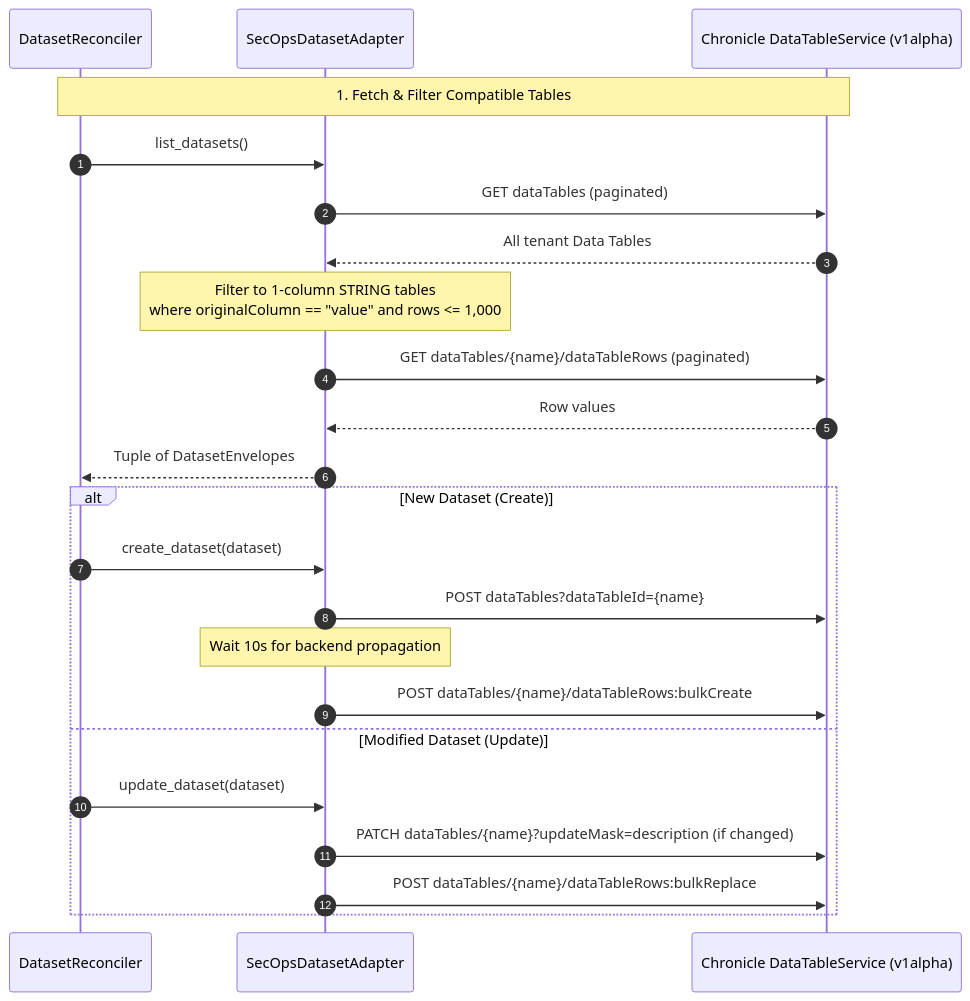
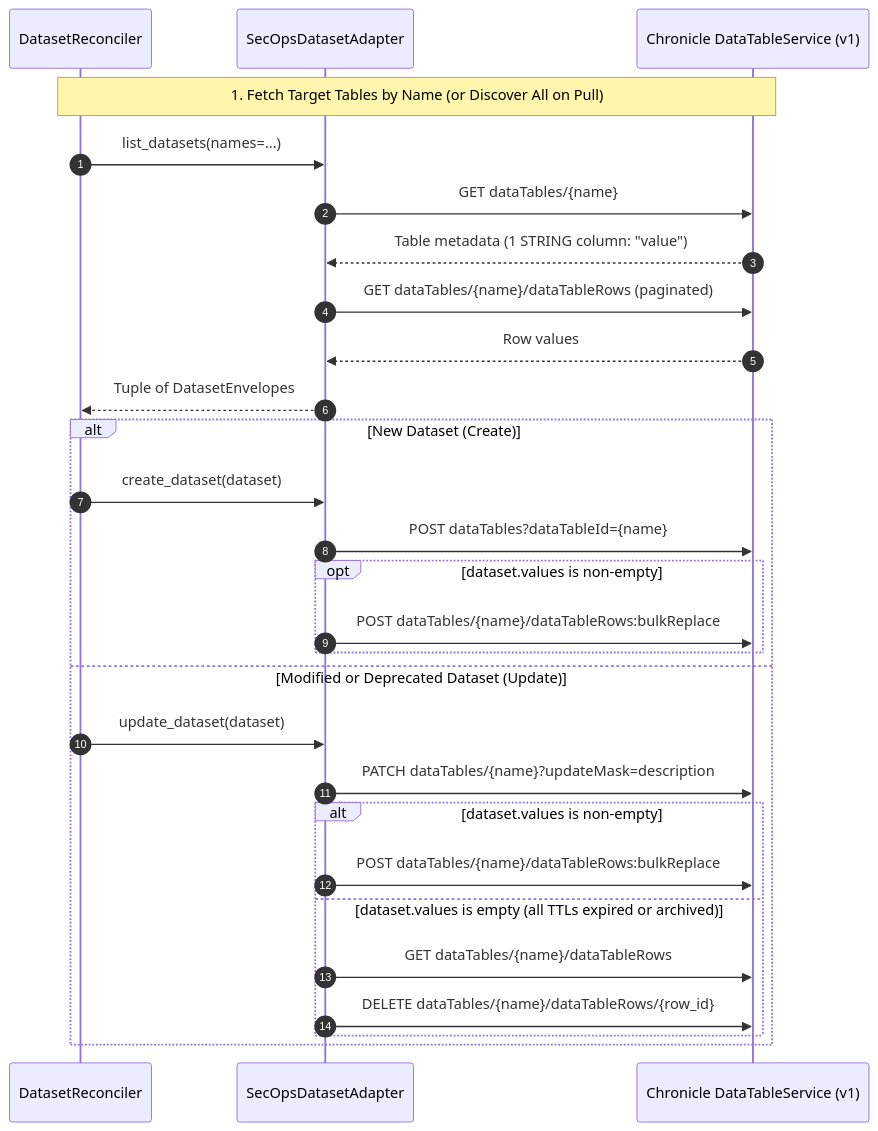
Before and after one commit to lopes/graft: the sixth of 6 diagrams in docs/engines/secops.md, drawn with Mermaid. The commit also changed other lines of this file and 24 other files, not shown here.

````diff
--- a/docs/engines/secops.md
+++ b/docs/engines/secops.md
@@ -647,27 +647,32 @@
 ```mermaid
 sequenceDiagram
     autonumber
     participant Core as DatasetReconciler
     participant Adapter as SecOpsDatasetAdapter
-    participant API as Chronicle DataTableService (v1alpha)
+    participant API as Chronicle DataTableService (v1)
 
-    Note over Core,API: 1. Fetch & Filter Compatible Tables
-    Core->>Adapter: list_datasets()
-    Adapter->>API: GET dataTables (paginated)
-    API-->>Adapter: All tenant Data Tables
-    Note over Adapter: Filter to 1-column STRING tables<br/>where originalColumn == "value" and rows <= 1,000
+    Note over Core,API: 1. Fetch Target Tables by Name (or Discover All on Pull)
+    Core->>Adapter: list_datasets(names=...)
+    Adapter->>API: GET dataTables/{name}
+    API-->>Adapter: Table metadata (1 STRING column: "value")
     Adapter->>API: GET dataTables/{name}/dataTableRows (paginated)
     API-->>Adapter: Row values
     Adapter-->>Core: Tuple of DatasetEnvelopes
 
     alt New Dataset (Create)
         Core->>Adapter: create_dataset(dataset)
         Adapter->>API: POST dataTables?dataTableId={name}
-        Note over Adapter: Wait 10s for backend propagation
-        Adapter->>API: POST dataTables/{name}/dataTableRows:bulkCreate
-    else Modified Dataset (Update)
+        opt dataset.values is non-empty
+            Adapter->>API: POST dataTables/{name}/dataTableRows:bulkReplace
+        end
+    else Modified or Deprecated Dataset (Update)
         Core->>Adapter: update_dataset(dataset)
-        Adapter->>API: PATCH dataTables/{name}?updateMask=description (if changed)
-        Adapter->>API: POST dataTables/{name}/dataTableRows:bulkReplace
+        Adapter->>API: PATCH dataTables/{name}?updateMask=description
+        alt dataset.values is non-empty
+            Adapter->>API: POST dataTables/{name}/dataTableRows:bulkReplace
+        else dataset.values is empty (all TTLs expired or archived)
+            Adapter->>API: GET dataTables/{name}/dataTableRows
+            Adapter->>API: DELETE dataTables/{name}/dataTableRows/{row_id}
+        end
     end
 ```
````
